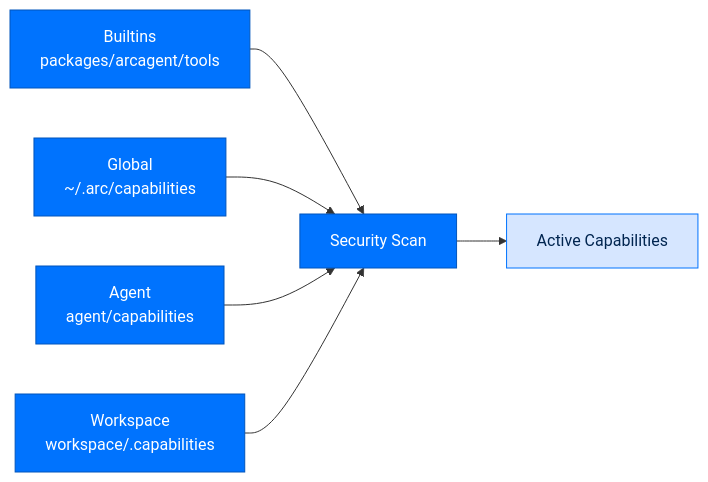
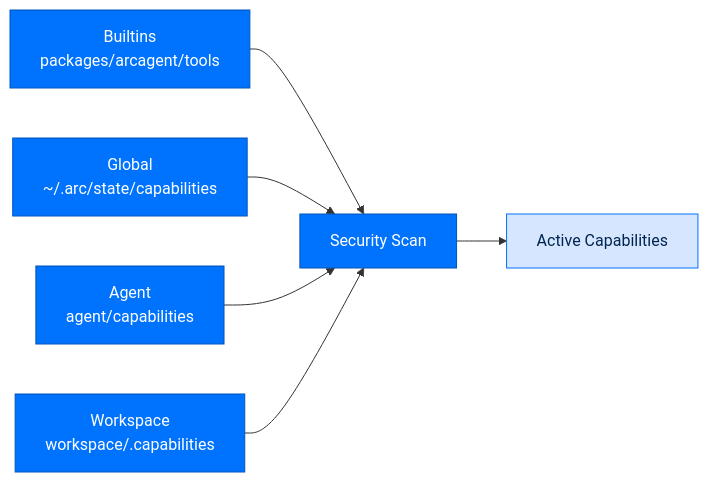
The third of 4 diagrams in docs/building/packages/arcagent.md (joshuamschultz/Arc), drawn with Mermaid before and after one commit. The commit also changed other lines of this file and 235 other files, not shown here.

````diff
--- a/docs/building/packages/arcagent.md
+++ b/docs/building/packages/arcagent.md
@@ -115,11 +115,11 @@
 ```mermaid
 flowchart LR
     classDef source fill:#0073FE,stroke:#0055BC,color:#FFFFFF
     classDef result fill:#D6E6FF,stroke:#0073FE,color:#002550
 
     Builtins[Builtins<br/>packages/arcagent/tools]:::source --> Scan[Security Scan]:::source
-    Global[Global<br/>~/.arc/capabilities]:::source --> Scan
+    Global[Global<br/>~/.arc/state/capabilities]:::source --> Scan
     Agent[Agent<br/>agent/capabilities]:::source --> Scan
     Workspace[Workspace<br/>workspace/.capabilities]:::source --> Scan
     Scan --> Active[Active Capabilities]:::result
 ```
````
